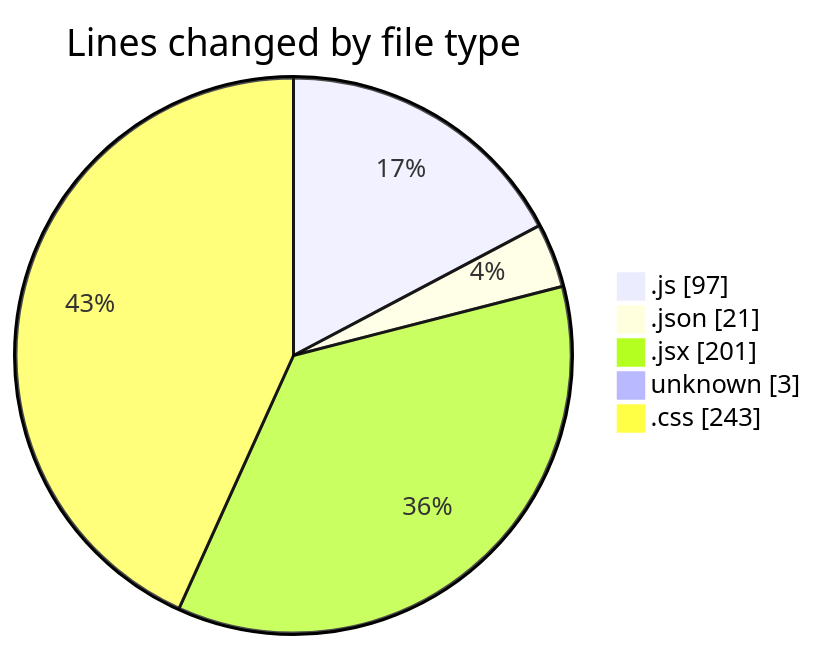
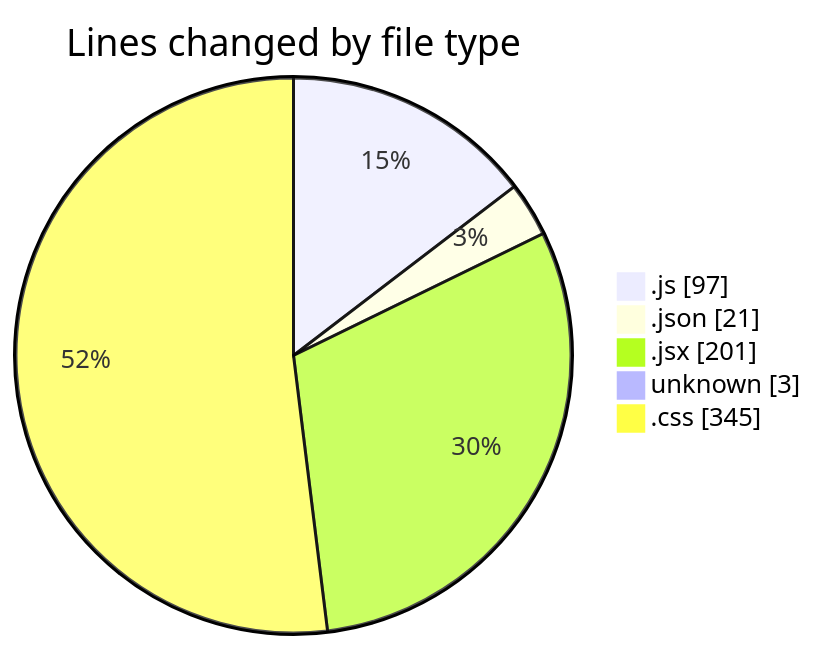
Before and after one commit to Ritupan-Deka/code-tracking: the first of 2 diagrams in 2025-06-03/realtimechat/README.md, drawn with Mermaid. The commit also changed other lines of this file and 1 other file, not shown here.

````diff
--- a/2025-06-03/realtimechat/README.md
+++ b/2025-06-03/realtimechat/README.md
@@ -25,9 +25,9 @@
 ```mermaid
 pie showData
 title Lines changed by file type
 ".js" : 97
 ".json" : 21
 ".jsx" : 201
 "unknown" : 3
-".css" : 243
+".css" : 345
 ```
````
